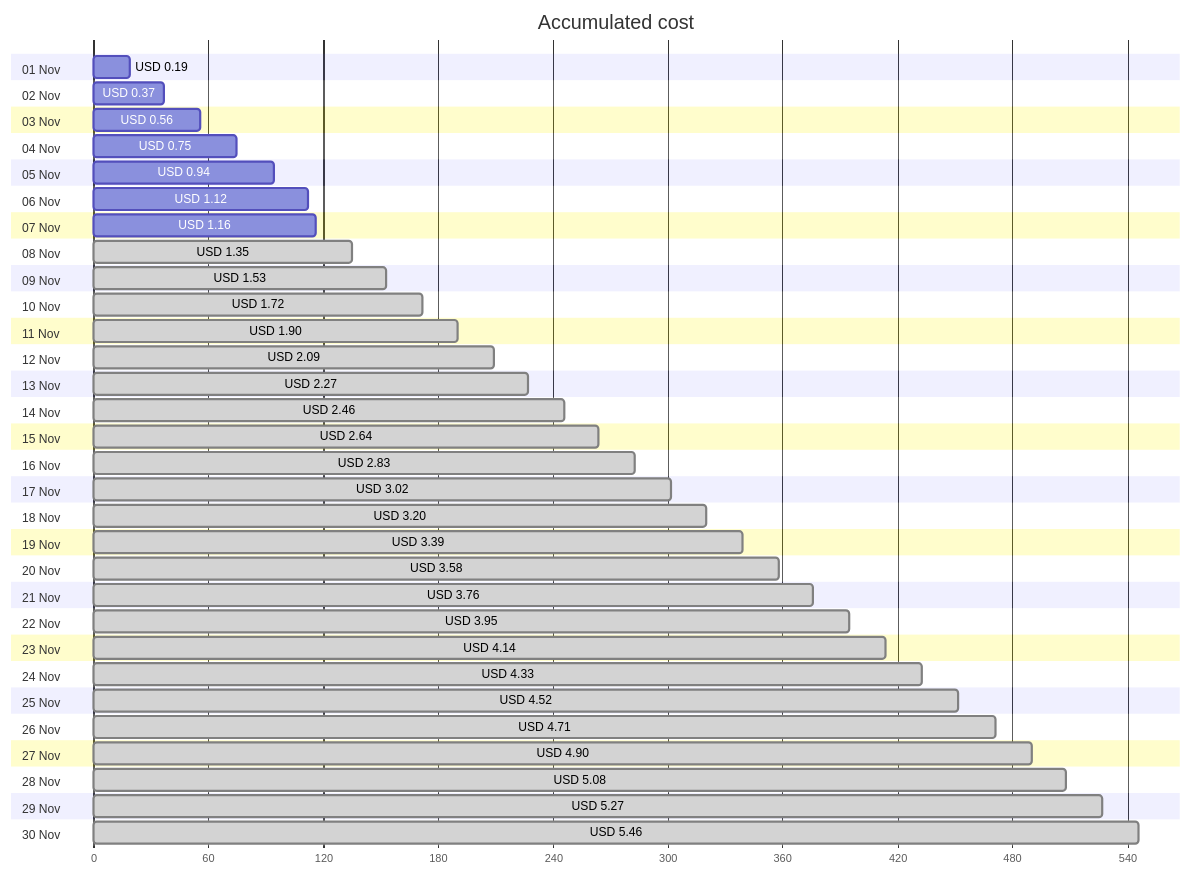
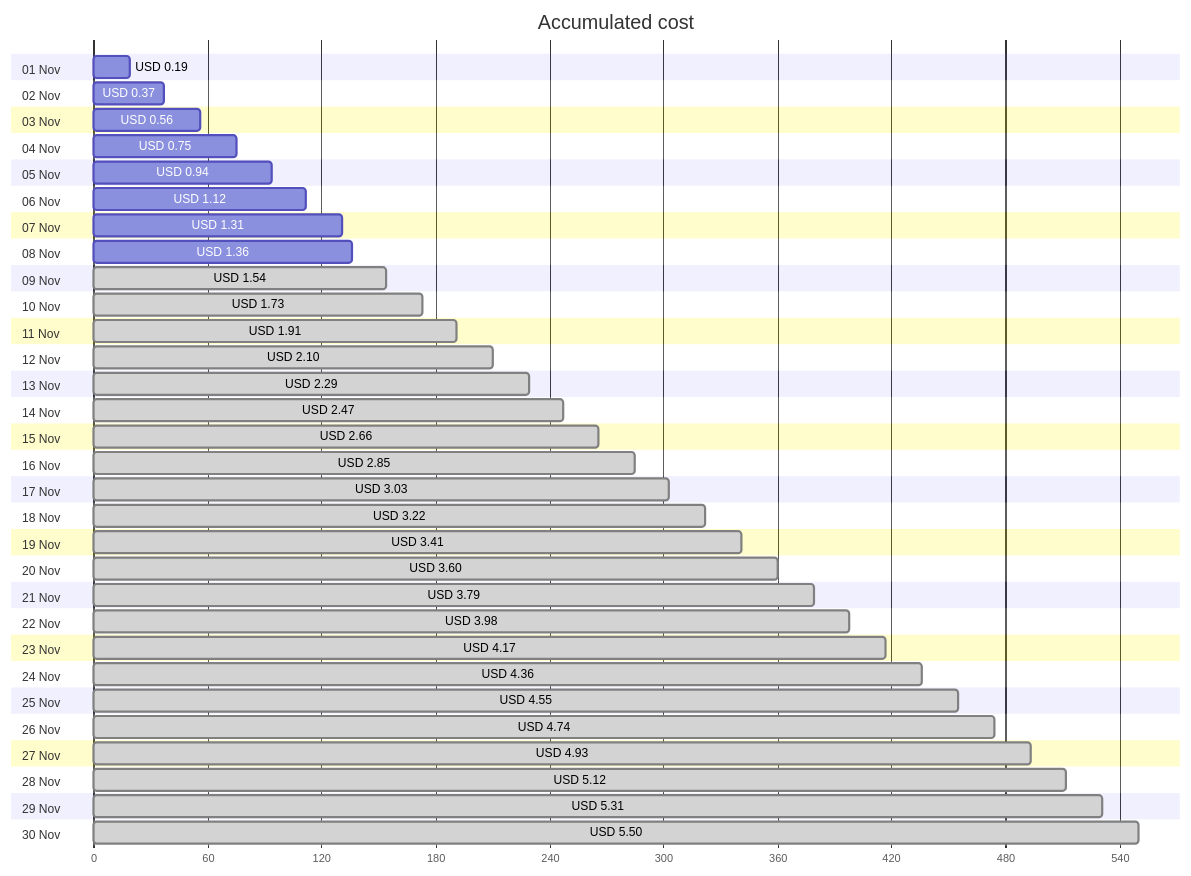
One commit to jpfulton/azure-personal-reports changed the first of 4 diagrams in cost-reports/personal-network/backup-server.md. Above: the diagram before and after it, drawn with Mermaid. The commit also changed other lines of this file and 8 other files, not shown here.

````diff
--- a/cost-reports/personal-network/backup-server.md
+++ b/cost-reports/personal-network/backup-server.md
@@ -20,66 +20,66 @@
 ```mermaid
 gantt
    title Accumulated cost
    dateFormat  X
    axisFormat %s
    section 01 Nov
    USD 0.19 :0, 19
    section 02 Nov
    USD 0.37 :0, 37
    section 03 Nov
    USD 0.56 :0, 56
    section 04 Nov
    USD 0.75 :0, 75
    section 05 Nov
    USD 0.94 :0, 94
    section 06 Nov
    USD 1.12 :0, 112
    section 07 Nov
-   USD 1.16 :0, 116
+   USD 1.31 :0, 131
    section 08 Nov
-   USD 1.35 : done, 0, 135
+   USD 1.36 :0, 136
    section 09 Nov
-   USD 1.53 : done, 0, 153
+   USD 1.54 : done, 0, 154
    section 10 Nov
-   USD 1.72 : done, 0, 172
+   USD 1.73 : done, 0, 173
    section 11 Nov
-   USD 1.90 : done, 0, 190
+   USD 1.91 : done, 0, 191
    section 12 Nov
-   USD 2.09 : done, 0, 209
+   USD 2.10 : done, 0, 210
    section 13 Nov
-   USD 2.27 : done, 0, 227
+   USD 2.29 : done, 0, 229
    section 14 Nov
-   USD 2.46 : done, 0, 246
+   USD 2.47 : done, 0, 247
    section 15 Nov
-   USD 2.64 : done, 0, 264
+   USD 2.66 : done, 0, 266
    section 16 Nov
-   USD 2.83 : done, 0, 283
+   USD 2.85 : done, 0, 285
    section 17 Nov
-   USD 3.02 : done, 0, 302
+   USD 3.03 : done, 0, 303
    section 18 Nov
-   USD 3.20 : done, 0, 320
+   USD 3.22 : done, 0, 322
    section 19 Nov
-   USD 3.39 : done, 0, 339
+   USD 3.41 : done, 0, 341
    section 20 Nov
-   USD 3.58 : done, 0, 358
+   USD 3.60 : done, 0, 360
    section 21 Nov
-   USD 3.76 : done, 0, 376
+   USD 3.79 : done, 0, 379
    section 22 Nov
-   USD 3.95 : done, 0, 395
+   USD 3.98 : done, 0, 398
    section 23 Nov
-   USD 4.14 : done, 0, 414
+   USD 4.17 : done, 0, 417
    section 24 Nov
-   USD 4.33 : done, 0, 433
+   USD 4.36 : done, 0, 436
    section 25 Nov
-   USD 4.52 : done, 0, 452
+   USD 4.55 : done, 0, 455
    section 26 Nov
-   USD 4.71 : done, 0, 471
+   USD 4.74 : done, 0, 474
    section 27 Nov
-   USD 4.90 : done, 0, 490
+   USD 4.93 : done, 0, 493
    section 28 Nov
-   USD 5.08 : done, 0, 508
+   USD 5.12 : done, 0, 512
    section 29 Nov
-   USD 5.27 : done, 0, 527
+   USD 5.31 : done, 0, 531
    section 30 Nov
-   USD 5.46 : done, 0, 546
+   USD 5.50 : done, 0, 550
 ```
````
